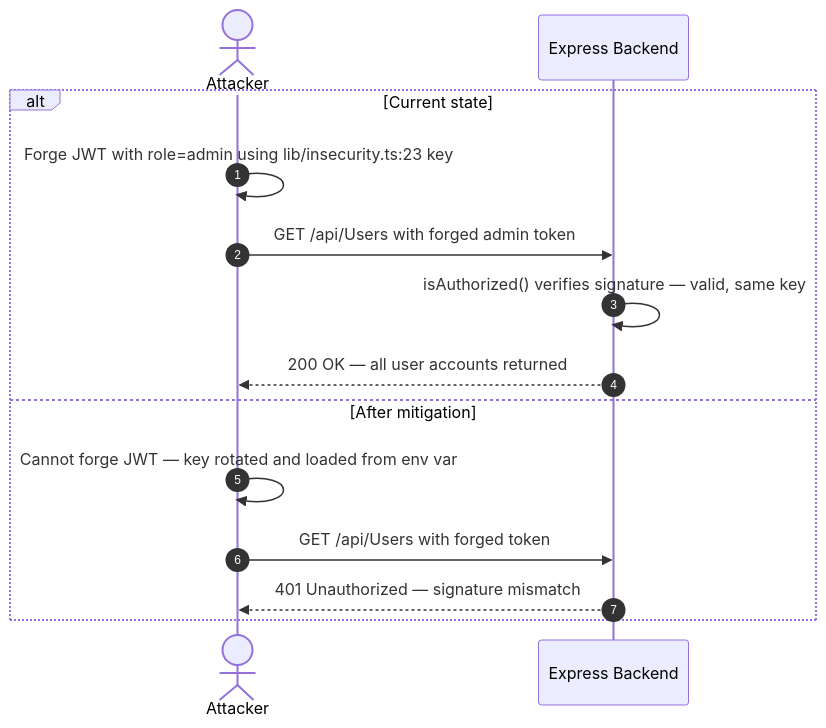
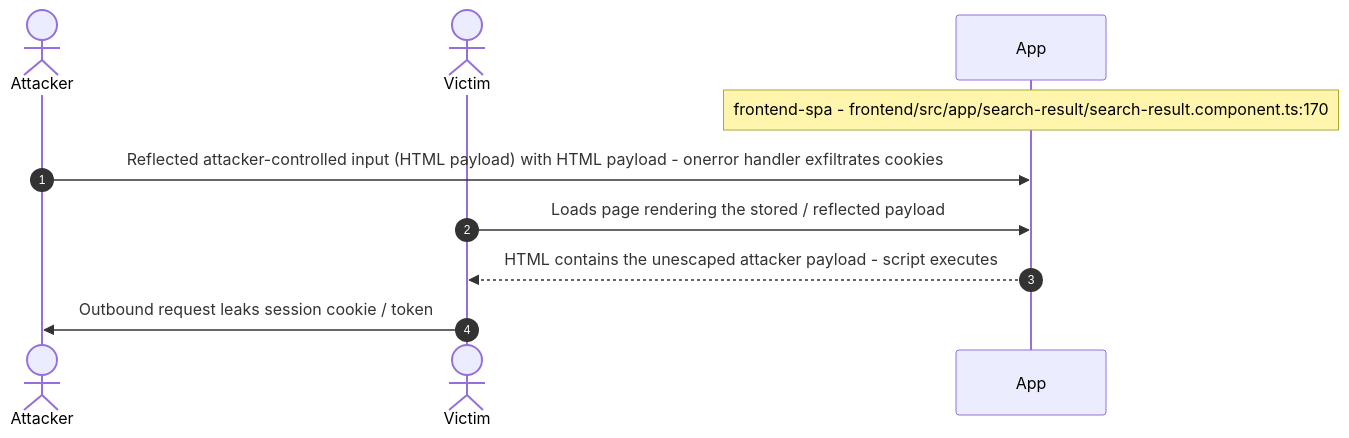
Before and after one commit to appsec-foundry/appsec-advisor: diagram 14 of 19 in examples/threat-modeler/threat-model-juice-shop-standard.md, drawn with Mermaid. The commit also changed other lines of this file and 4 other files, not shown here.

````diff
--- a/examples/threat-modeler/threat-model-juice-shop-standard.md
+++ b/examples/threat-modeler/threat-model-juice-shop-standard.md
@@ -706,17 +694,12 @@
 ```mermaid
 sequenceDiagram
     autonumber
     actor Attacker
-    participant App as Express Backend
-
-    alt Current state
-        Attacker->>Attacker: Forge JWT with role=admin using lib/insecurity.ts:23 key
-        Attacker->>App: GET /api/Users with forged admin token
-        App->>App: isAuthorized() verifies signature — valid, same key
-        App-->>Attacker: 200 OK — all user accounts returned
-    else After mitigation
-        Attacker->>Attacker: Cannot forge JWT — key rotated and loaded from env var
-        Attacker->>App: GET /api/Users with forged token
-        App-->>Attacker: 401 Unauthorized — signature mismatch
-    end
+    actor Victim
+    participant App
+    Note over App: frontend-spa - frontend/src/app/search-result/search-result.component.ts:170
+    Attacker->>App: Reflected attacker-controlled input (HTML payload) with HTML payload - onerror handler exfiltrates cookies
+    Victim->>App: Loads page rendering the stored / reflected payload
+    App-->>Victim: HTML contains the unescaped attacker payload - script executes
+    Victim->>Attacker: Outbound request leaks session cookie / token
 ```
````
